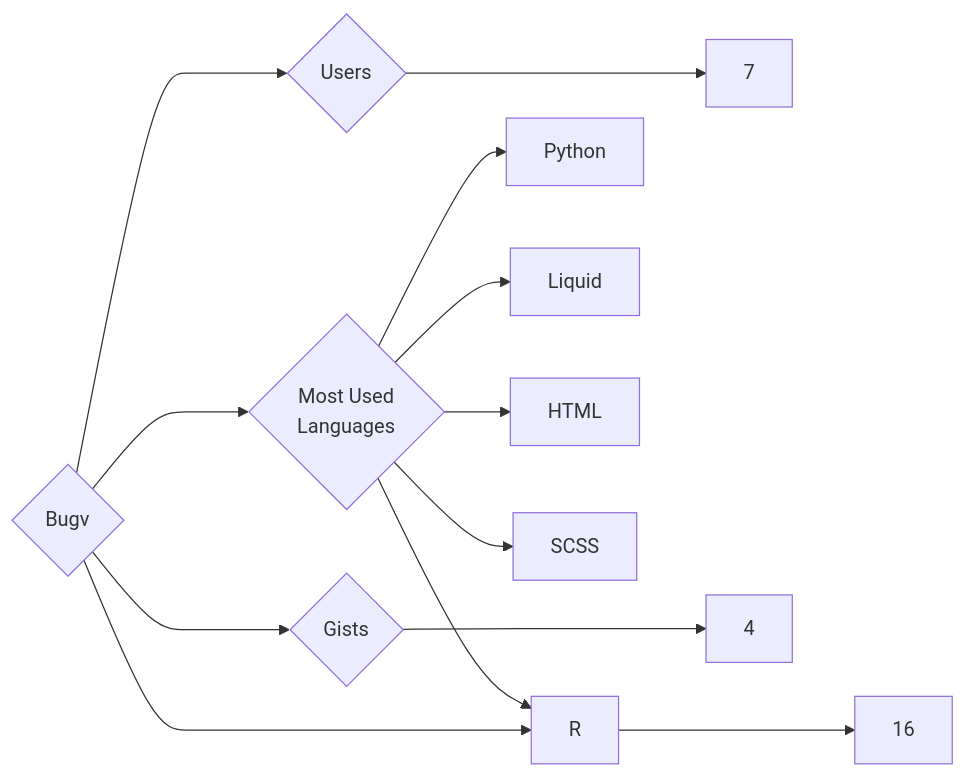
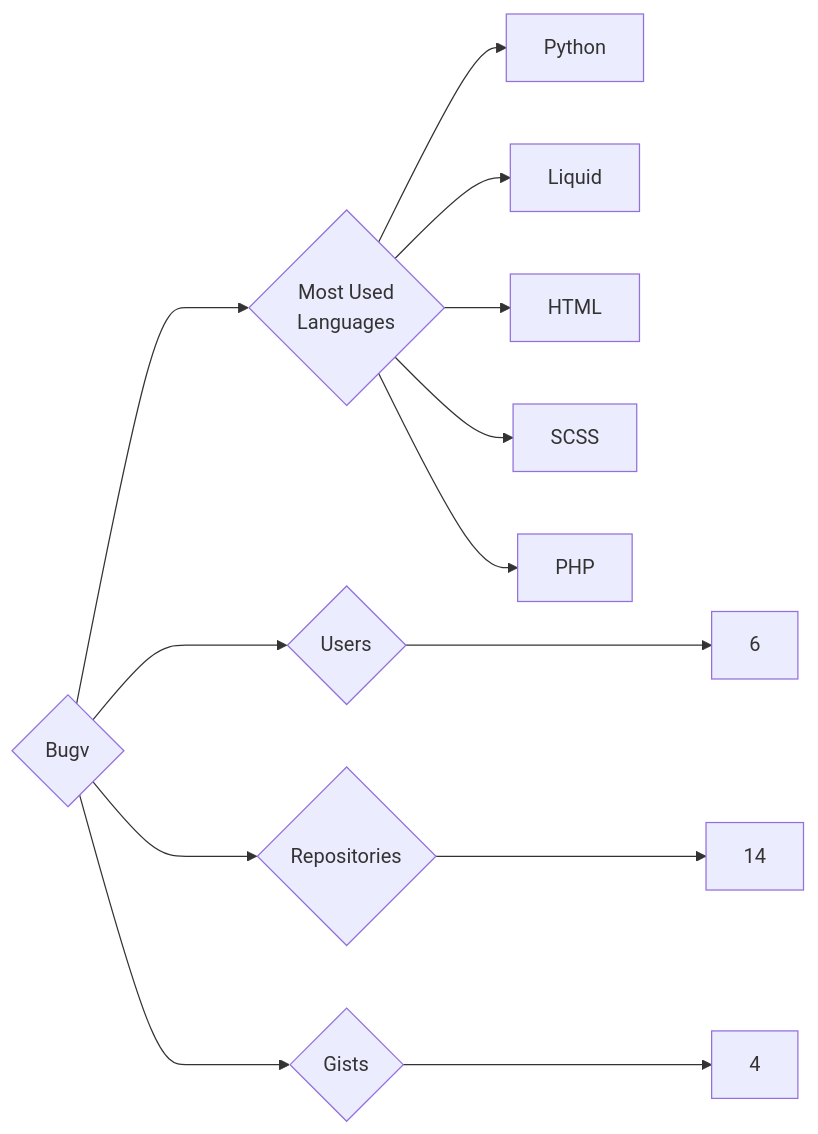
One commit to trickest/insiders changed the diagram in targets/Bugv/README.md. Above: the diagram before and after it, drawn with Mermaid. The commit also changed 1036 other files, not shown here.

````diff
--- a/targets/Bugv/README.md
+++ b/targets/Bugv/README.md
@@ -3,13 +3,13 @@
 ```mermaid
 graph LR
 COMPANY_NAME{Bugv}
-COMPANY_NAME ---> U{Users} ---> UN[7]
-COMPANY_NAME ---> R{Repositories} ---> RN[16]
+COMPANY_NAME ---> U{Users} ---> UN[6]
+COMPANY_NAME ---> R{Repositories} ---> RN[14]
 COMPANY_NAME ---> G{Gists} ---> GN[4]
 COMPANY_NAME ---> ML{Most Used<br>Languages}
 ML --> Python[Python]
 ML --> Liquid[Liquid]
 ML --> HTML[HTML]
 ML --> SCSS[SCSS]
-ML --> R[R]
+ML --> PHP[PHP]
 ```
````
